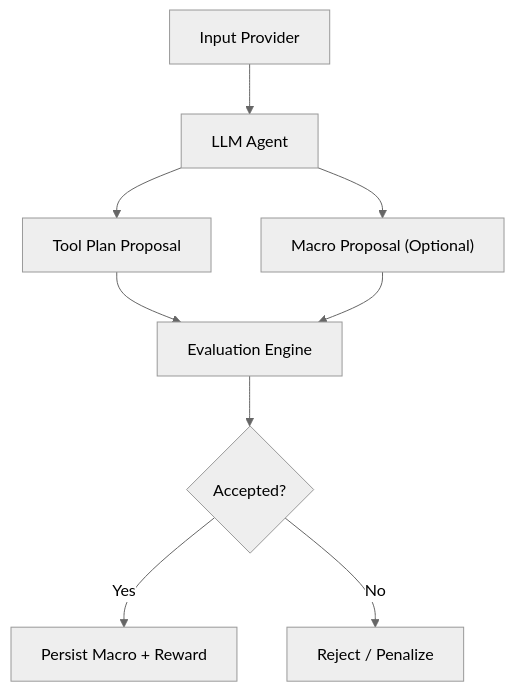
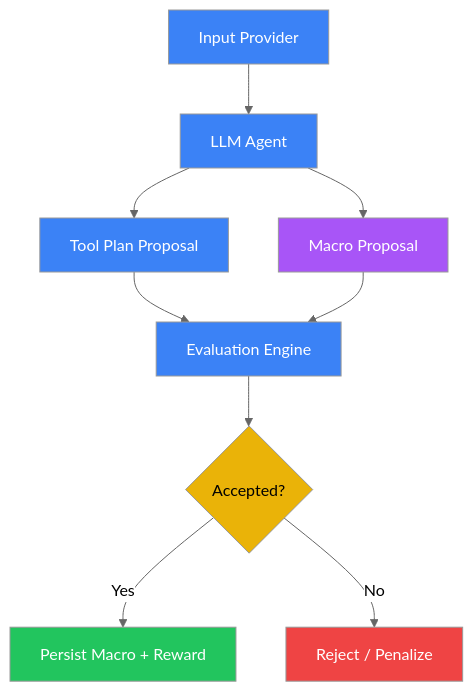
One commit to DevastatingRPG/toolforge-ssv changed the second of 6 diagrams in README.md. Above: the diagram before and after it, drawn with Mermaid (neutral theme). The commit also changed other lines of this file and 1 other file, not shown here.

````diff
--- a/README.md
+++ b/README.md
@@ -91,11 +95,17 @@
 ```mermaid
 flowchart TD
-    A[Input Provider] --> B[LLM Agent]
-    B --> C[Tool Plan Proposal]
-    B --> D["Macro Proposal (Optional)"]
-    C --> E[Evaluation Engine]
+    A[Input Provider]:::process --> B[LLM Agent]:::process
+    B --> C[Tool Plan Proposal]:::process
+    B --> D[Macro Proposal]:::data
+    C --> E[Evaluation Engine]:::process
     D --> E
-    E --> F{Accepted?}
-    F -- Yes --> G[Persist Macro + Reward]
-    F -- No --> H[Reject / Penalize]
+    E --> F{Accepted?}:::decision
+    F -- Yes --> G[Persist Macro + Reward]:::success
+    F -- No --> H[Reject / Penalize]:::error
+
+    classDef process fill:#3b82f6,color:#fff
+    classDef decision fill:#eab308,color:#000
+    classDef success fill:#22c55e,color:#fff
+    classDef error fill:#ef4444,color:#fff
+    classDef data fill:#a855f7,color:#fff
 ```
````
